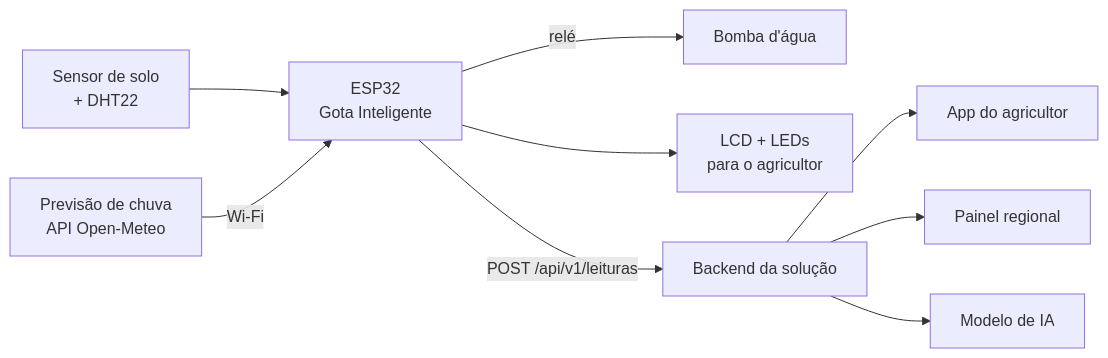
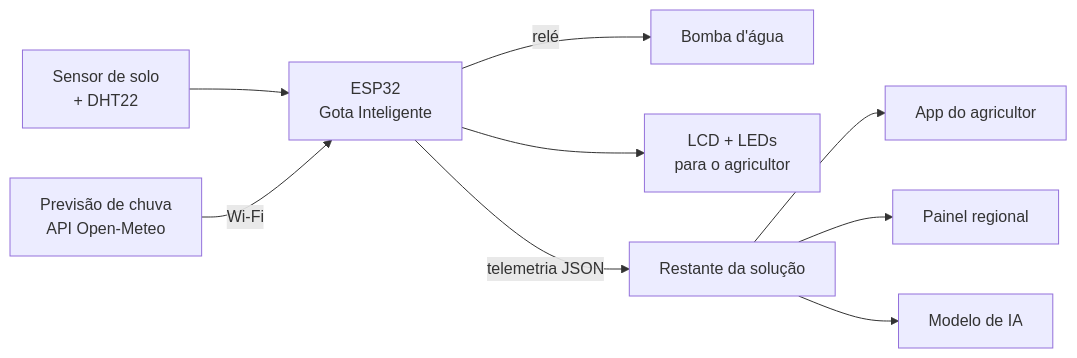
Before and after one commit to bonutt/gota-inteligente-iot: the diagram in README.md, drawn with Mermaid. The commit also changed other lines of this file and 2 other files, not shown here.

First line of the commit message:
Kit IoT ESP32 da Gota Inteligente - entrega de Physical Computing

````diff
--- a/README.md
+++ b/README.md
@@ -63,11 +63,11 @@
 ```mermaid
 flowchart LR
     SOLO[Sensor de solo<br/>+ DHT22] --> ESP[ESP32<br/>Gota Inteligente]
     PREV[Previsão de chuva<br/>API Open-Meteo] -- Wi-Fi --> ESP
     ESP -- relé --> BOMBA[Bomba d'água]
     ESP --> LOCAL[LCD + LEDs<br/>para o agricultor]
-    ESP -- POST /api/v1/leituras --> API[Backend da solução]
+    ESP -- telemetria JSON --> API[Restante da solução]
     API --> APP[App do agricultor]
     API --> PAINEL[Painel regional]
     API --> IA[Modelo de IA]
 ```
````
